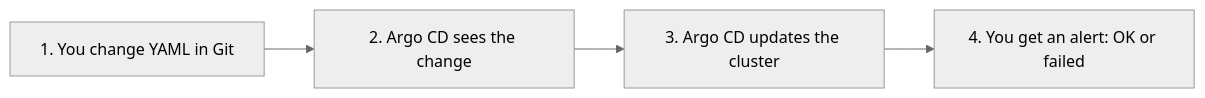
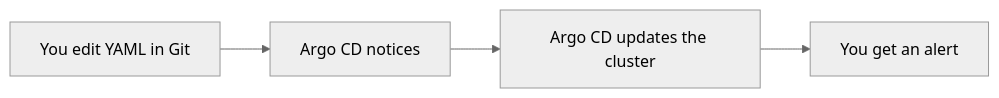
One commit to Srihariops/argocd-gitops-complete changed the diagram in 00_start_here/README.md. Above: the diagram before and after it, drawn with Mermaid (neutral theme). The commit also changed other lines of this file and 206 other files, not shown here.

````diff
--- a/00_start_here/README.md
+++ b/00_start_here/README.md
@@ -8,4 +9,4 @@
 ```mermaid
 flowchart LR
-  A[1. You change YAML in Git] --> B[2. Argo CD sees the change] --> C[3. Argo CD updates the cluster] --> D[4. You get an alert: OK or failed]
+  A[You edit YAML in Git] --> B[Argo CD notices] --> C[Argo CD updates the cluster] --> D[You get an alert]
 ```
````
